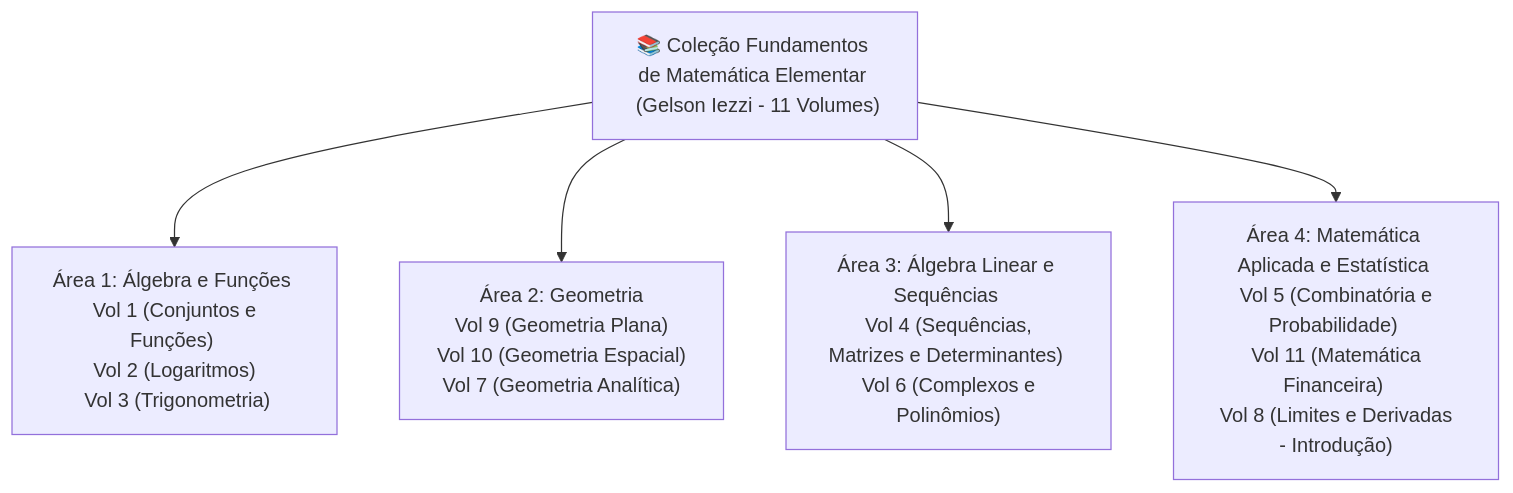
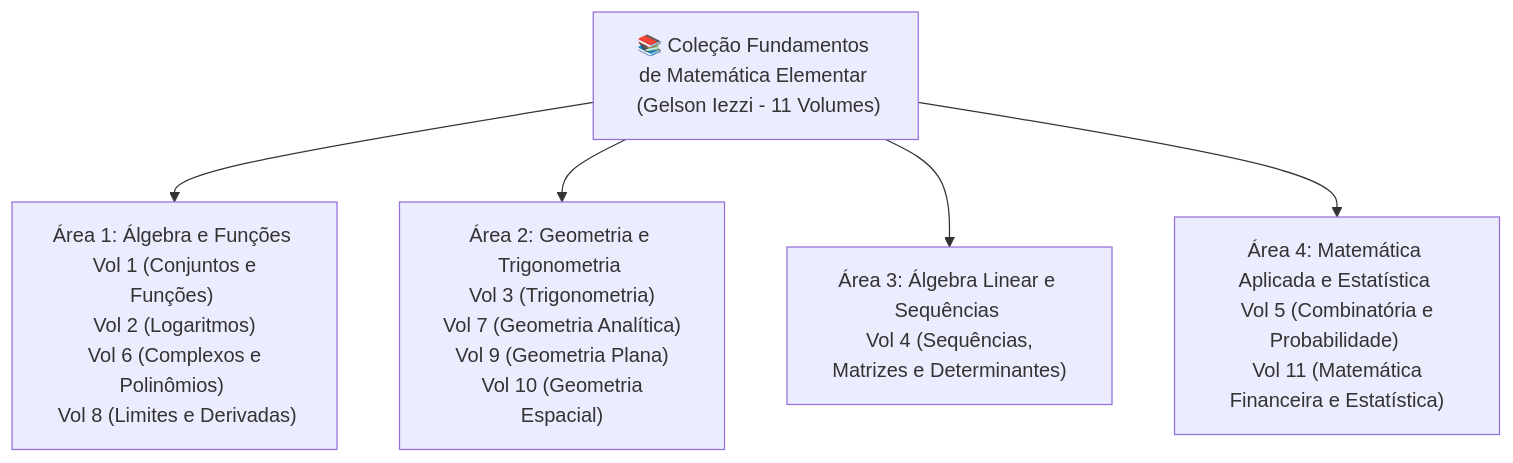
One commit to SiadeLucas/Tutor-Inteligente changed the first of 3 diagrams in docs/knowledge/project-context.md. Above: the diagram before and after it, drawn with Mermaid. The commit also changed 28 other files, not shown here.

````diff
--- a/docs/knowledge/project-context.md
+++ b/docs/knowledge/project-context.md
@@ -40,9 +40,9 @@
 ```mermaid
 graph TD
     Iezzi["📚 Coleção Fundamentos de Matemática Elementar \n (Gelson Iezzi - 11 Volumes)"]
     
-    Iezzi --> A1["Área 1: Álgebra e Funções \n Vol 1 (Conjuntos e Funções) \n Vol 2 (Logaritmos) \n Vol 3 (Trigonometria)"]
-    Iezzi --> A2["Área 2: Geometria \n Vol 9 (Geometria Plana) \n Vol 10 (Geometria Espacial) \n Vol 7 (Geometria Analítica)"]
-    Iezzi --> A3["Área 3: Álgebra Linear e Sequências \n Vol 4 (Sequências, Matrizes e Determinantes) \n Vol 6 (Complexos e Polinômios)"]
-    Iezzi --> A4["Área 4: Matemática Aplicada e Estatística \n Vol 5 (Combinatória e Probabilidade) \n Vol 11 (Matemática Financeira) \n Vol 8 (Limites e Derivadas - Introdução)"]
+    Iezzi --> A1["Área 1: Álgebra e Funções \n Vol 1 (Conjuntos e Funções) \n Vol 2 (Logaritmos) \n Vol 6 (Complexos e Polinômios) \n Vol 8 (Limites e Derivadas)"]
+    Iezzi --> A2["Área 2: Geometria e Trigonometria \n Vol 3 (Trigonometria) \n Vol 7 (Geometria Analítica) \n Vol 9 (Geometria Plana) \n Vol 10 (Geometria Espacial)"]
+    Iezzi --> A3["Área 3: Álgebra Linear e Sequências \n Vol 4 (Sequências, Matrizes e Determinantes)"]
+    Iezzi --> A4["Área 4: Matemática Aplicada e Estatística \n Vol 5 (Combinatória e Probabilidade) \n Vol 11 (Matemática Financeira e Estatística)"]
 ```
````
